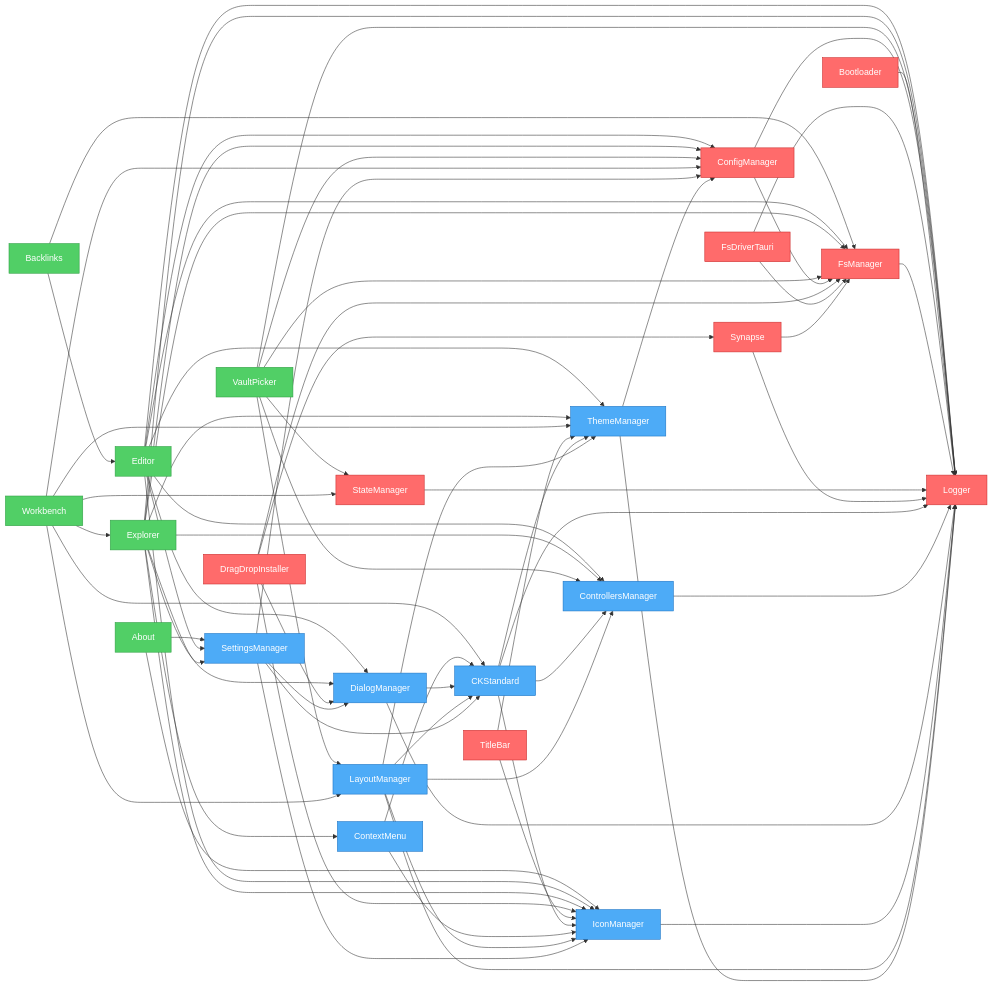
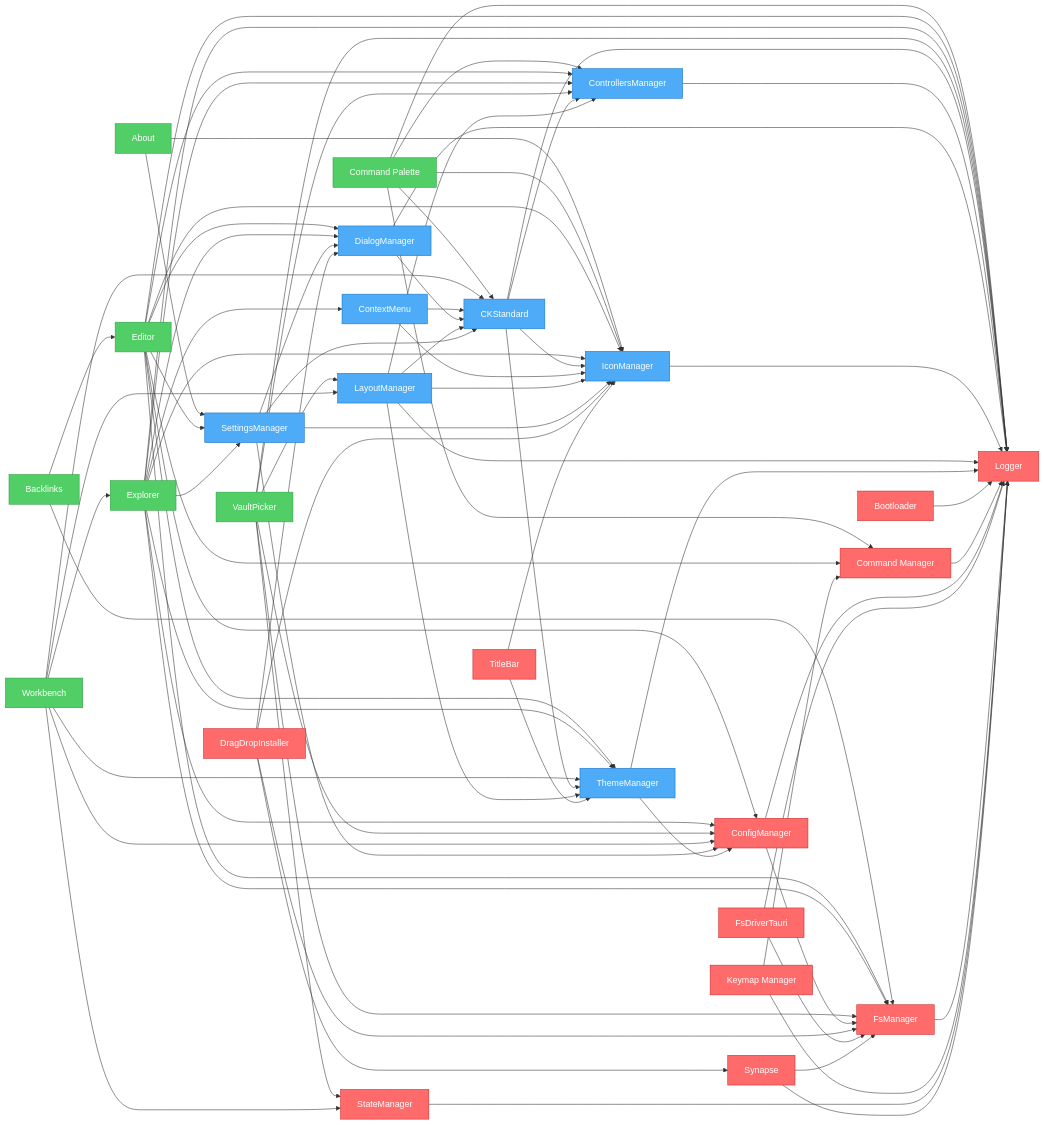
One commit to khton-tech/notehub.md changed the diagram in artifacts/graph.mmd. Above: the diagram before and after it, drawn with Mermaid. The commit also changed 29 other files, not shown here.

Commit message:
feat: Initialize desktop application with a dynamic plugin system and introduce core plugins including command palette, keymap, and editor.

```diff
--- a/artifacts/graph.mmd
+++ b/artifacts/graph.mmd
@@ -1,102 +1,114 @@
 flowchart LR
     nh_features_about["About"]
     nh_features_backlinks["Backlinks"]
+    nh_features_command-palette["Command Palette"]
     nh_features_editor["Editor"]
     nh_features_explorer["Explorer"]
     nh_features_vault-picker["VaultPicker"]
     nh_features_workbench["Workbench"]
-    nh_system_config-manager["ConfigManager"]
-    nh_system_bootloader["Bootloader"]
-    nh_system_drag-drop["DragDropInstaller"]
-    nh_system_fs-driver-tauri["FsDriverTauri"]
-    nh_system_fs-manager["FsManager"]
-    nh_system_logger["Logger"]
-    nh_system_state-manager["StateManager"]
-    nh_system_synapse["Synapse"]
-    nh_system_titlebar["TitleBar"]
     nh_ui_ck-standard["CKStandard"]
     nh_ui_context-menu["ContextMenu"]
     nh_ui_controllers-manager["ControllersManager"]
     nh_ui_dialog-manager["DialogManager"]
     nh_ui_icon-manager["IconManager"]
     nh_ui_layout-manager["LayoutManager"]
     nh_ui_settings-manager["SettingsManager"]
     nh_ui_theme-manager["ThemeManager"]
+    nh_system_bootloader["Bootloader"]
+    nh_system_command-manager["Command Manager"]
+    nh_system_config-manager["ConfigManager"]
+    nh_system_drag-drop["DragDropInstaller"]
+    nh_system_fs-driver-tauri["FsDriverTauri"]
+    nh_system_fs-manager["FsManager"]
+    nh_system_keymap["Keymap Manager"]
+    nh_system_logger["Logger"]
+    nh_system_state-manager["StateManager"]
+    nh_system_synapse["Synapse"]
+    nh_system_titlebar["TitleBar"]
     nh_features_about --> nh_ui_settings-manager
     nh_features_about --> nh_ui_icon-manager
     nh_features_backlinks --> nh_features_editor
     nh_features_backlinks --> nh_system_fs-manager
+    nh_features_command-palette --> nh_system_command-manager
+    nh_features_command-palette --> nh_system_logger
+    nh_features_command-palette --> nh_ui_controllers-manager
+    nh_features_command-palette --> nh_ui_ck-standard
+    nh_features_command-palette --> nh_ui_icon-manager
     nh_features_editor --> nh_system_config-manager
+    nh_features_editor --> nh_system_command-manager
     nh_features_editor --> nh_ui_settings-manager
     nh_features_editor --> nh_system_fs-manager
     nh_features_editor --> nh_system_logger
     nh_features_editor --> nh_ui_controllers-manager
     nh_features_editor --> nh_ui_dialog-manager
     nh_features_editor --> nh_ui_icon-manager
     nh_features_editor --> nh_ui_theme-manager
     nh_features_explorer --> nh_system_config-manager
     nh_features_explorer --> nh_ui_settings-manager
     nh_features_explorer --> nh_system_fs-manager
     nh_features_explorer --> nh_system_logger
     nh_features_explorer --> nh_ui_controllers-manager
     nh_features_explorer --> nh_ui_icon-manager
     nh_features_explorer --> nh_ui_theme-manager
     nh_features_explorer --> nh_ui_context-menu
     nh_features_explorer --> nh_ui_dialog-manager
     nh_features_vault-picker --> nh_system_fs-manager
     nh_features_vault-picker --> nh_system_config-manager
     nh_features_vault-picker --> nh_system_state-manager
     nh_features_vault-picker --> nh_system_logger
     nh_features_vault-picker --> nh_ui_controllers-manager
     nh_features_vault-picker --> nh_ui_layout-manager
     nh_features_workbench --> nh_system_config-manager
     nh_features_workbench --> nh_ui_layout-manager
     nh_features_workbench --> nh_ui_theme-manager
     nh_features_workbench --> nh_ui_ck-standard
     nh_features_workbench --> nh_system_state-manager
     nh_features_workbench --> nh_features_explorer
-    nh_system_config-manager --> nh_system_logger
-    nh_system_config-manager --> nh_system_fs-manager
-    nh_system_bootloader --> nh_system_logger
-    nh_system_drag-drop --> nh_ui_icon-manager
-    nh_system_drag-drop --> nh_ui_dialog-manager
-    nh_system_drag-drop --> nh_system_fs-manager
-    nh_system_drag-drop --> nh_system_synapse
-    nh_system_fs-driver-tauri --> nh_system_logger
-    nh_system_fs-driver-tauri --> nh_system_fs-manager
-    nh_system_fs-manager --> nh_system_logger
-    nh_system_state-manager --> nh_system_logger
-    nh_system_synapse --> nh_system_fs-manager
-    nh_system_synapse --> nh_system_logger
-    nh_system_titlebar --> nh_ui_icon-manager
-    nh_system_titlebar --> nh_ui_theme-manager
     nh_ui_ck-standard --> nh_system_logger
     nh_ui_ck-standard --> nh_ui_controllers-manager
     nh_ui_ck-standard --> nh_ui_icon-manager
     nh_ui_ck-standard --> nh_ui_theme-manager
     nh_ui_context-menu --> nh_ui_icon-manager
     nh_ui_context-menu --> nh_ui_ck-standard
     nh_ui_controllers-manager --> nh_system_logger
     nh_ui_dialog-manager --> nh_system_logger
     nh_ui_dialog-manager --> nh_ui_ck-standard
     nh_ui_icon-manager --> nh_system_logger
     nh_ui_layout-manager --> nh_system_logger
     nh_ui_layout-manager --> nh_ui_theme-manager
     nh_ui_layout-manager --> nh_ui_icon-manager
     nh_ui_layout-manager --> nh_ui_controllers-manager
     nh_ui_layout-manager --> nh_ui_ck-standard
     nh_ui_settings-manager --> nh_system_config-manager
     nh_ui_settings-manager --> nh_ui_ck-standard
     nh_ui_settings-manager --> nh_ui_icon-manager
     nh_ui_settings-manager --> nh_ui_dialog-manager
     nh_ui_theme-manager --> nh_system_logger
     nh_ui_theme-manager --> nh_system_config-manager
+    nh_system_bootloader --> nh_system_logger
+    nh_system_command-manager --> nh_system_logger
+    nh_system_config-manager --> nh_system_logger
+    nh_system_config-manager --> nh_system_fs-manager
+    nh_system_drag-drop --> nh_ui_icon-manager
+    nh_system_drag-drop --> nh_ui_dialog-manager
+    nh_system_drag-drop --> nh_system_fs-manager
+    nh_system_drag-drop --> nh_system_synapse
+    nh_system_fs-driver-tauri --> nh_system_logger
+    nh_system_fs-driver-tauri --> nh_system_fs-manager
+    nh_system_fs-manager --> nh_system_logger
+    nh_system_keymap --> nh_system_command-manager
+    nh_system_keymap --> nh_system_logger
+    nh_system_state-manager --> nh_system_logger
+    nh_system_synapse --> nh_system_fs-manager
+    nh_system_synapse --> nh_system_logger
+    nh_system_titlebar --> nh_ui_icon-manager
+    nh_system_titlebar --> nh_ui_theme-manager
 
     %% Styles
     classDef system fill:#ff6b6b,stroke:#c92a2a,color:#fff
     classDef ui fill:#4dabf7,stroke:#1971c2,color:#fff
     classDef feature fill:#51cf66,stroke:#2f9e44,color:#fff
     class nh_features_about,nh_features_backlinks,nh_features_vault-picker feature
-    class nh_features_editor,nh_features_explorer,nh_features_workbench feature
-    class nh_system_config-manager,nh_system_bootloader,nh_system_drag-drop,nh_system_fs-driver-tauri,nh_system_fs-manager,nh_system_logger,nh_system_state-manager,nh_system_synapse,nh_system_titlebar system
+    class nh_features_command-palette,nh_features_editor,nh_features_explorer,nh_features_workbench feature
     class nh_ui_ck-standard,nh_ui_context-menu,nh_ui_controllers-manager,nh_ui_dialog-manager,nh_ui_icon-manager,nh_ui_layout-manager,nh_ui_settings-manager,nh_ui_theme-manager ui
+    class nh_system_bootloader,nh_system_command-manager,nh_system_config-manager,nh_system_drag-drop,nh_system_fs-driver-tauri,nh_system_fs-manager,nh_system_keymap,nh_system_logger,nh_system_state-manager,nh_system_synapse,nh_system_titlebar system
```
